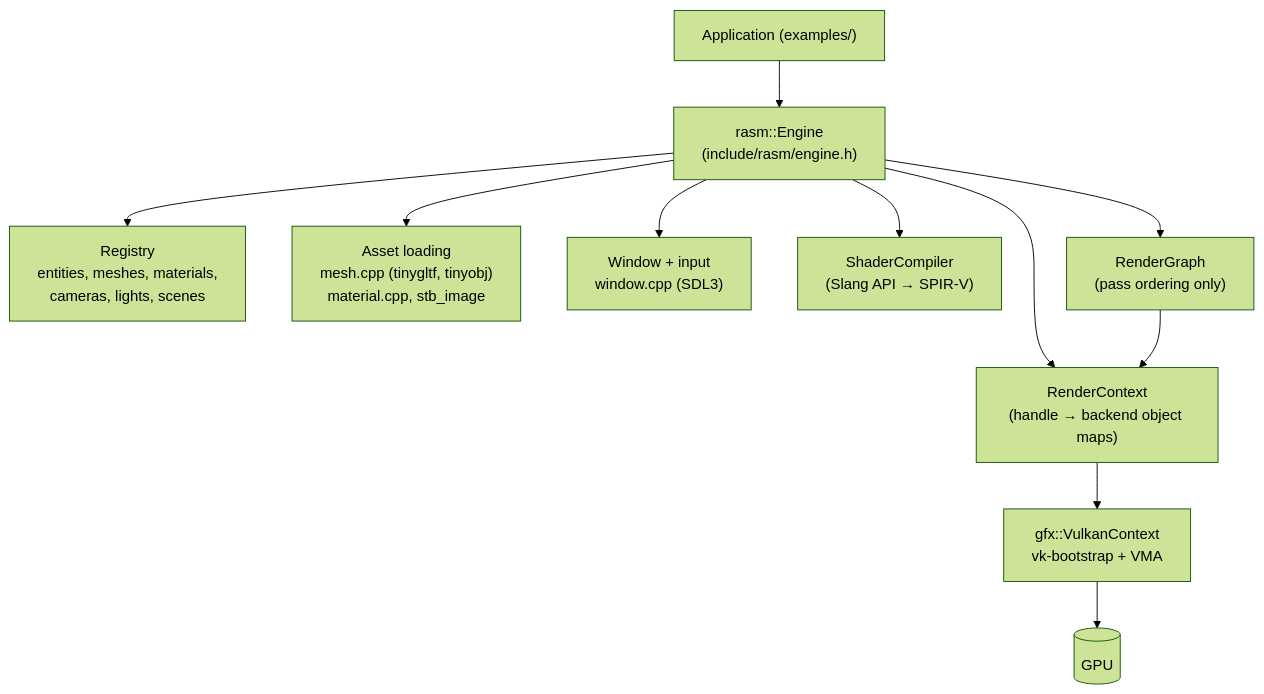
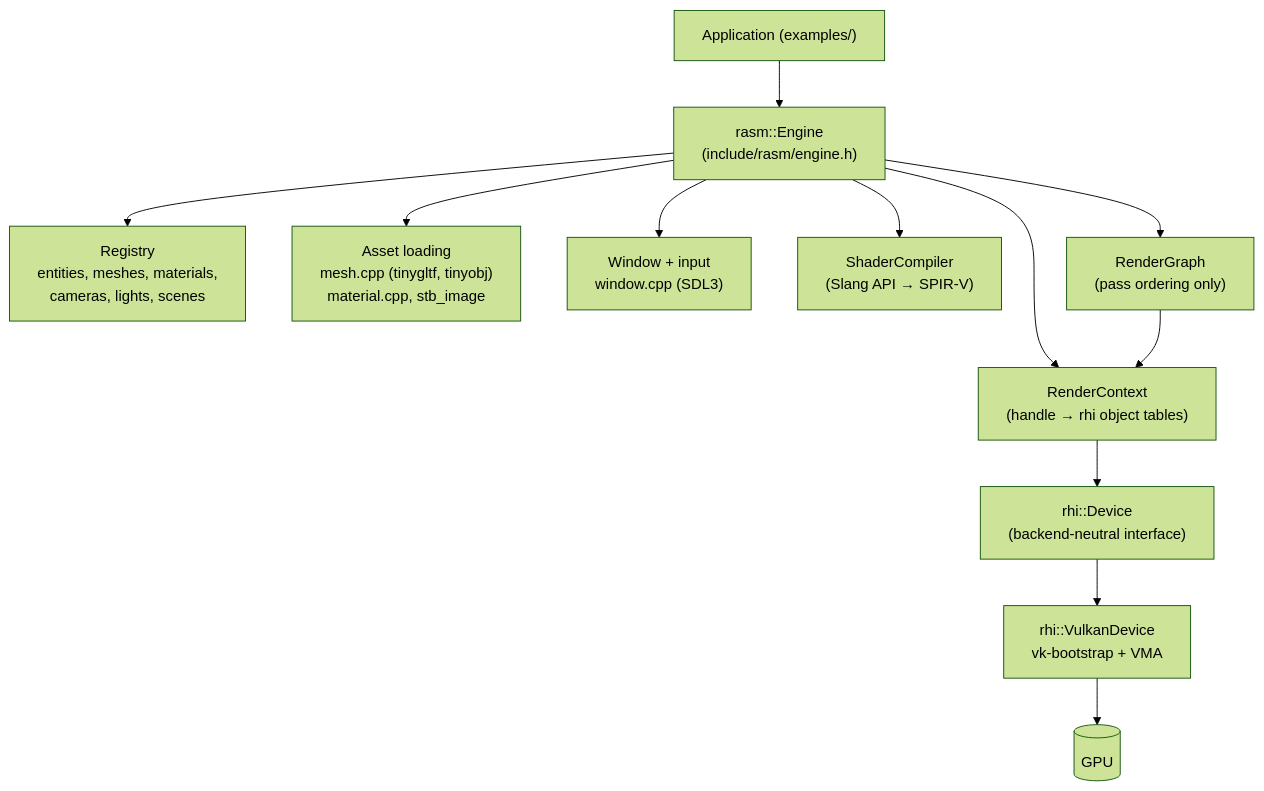
Before and after one commit to adel-elmala/rasm: the first of 3 diagrams in docs/architecture.md, drawn with Mermaid (forest theme). The commit also changed other lines of this file and 35 other files, not shown here.

````diff
--- a/docs/architecture.md
+++ b/docs/architecture.md
@@ -9,13 +9,14 @@
 ```mermaid
 flowchart TD
     App["Application (examples/)"] --> Engine["rasm::Engine<br/>(include/rasm/engine.h)"]
     Engine --> Registry["Registry<br/>entities, meshes, materials,<br/>cameras, lights, scenes"]
     Engine --> Assets["Asset loading<br/>mesh.cpp (tinygltf, tinyobj)<br/>material.cpp, stb_image"]
     Engine --> Platform["Window + input<br/>window.cpp (SDL3)"]
     Engine --> SC["ShaderCompiler<br/>(Slang API → SPIR-V)"]
     Engine --> RG["RenderGraph<br/>(pass ordering only)"]
-    Engine --> RC["RenderContext<br/>(handle → backend object maps)"]
+    Engine --> RC["RenderContext<br/>(handle → rhi object tables)"]
     RG --> RC
-    RC --> VK["gfx::VulkanContext<br/>vk-bootstrap + VMA"]
+    RC --> DEV["rhi::Device<br/>(backend-neutral interface)"]
+    DEV --> VK["rhi::VulkanDevice<br/>vk-bootstrap + VMA"]
     VK --> GPU[(GPU)]
 ```
````
